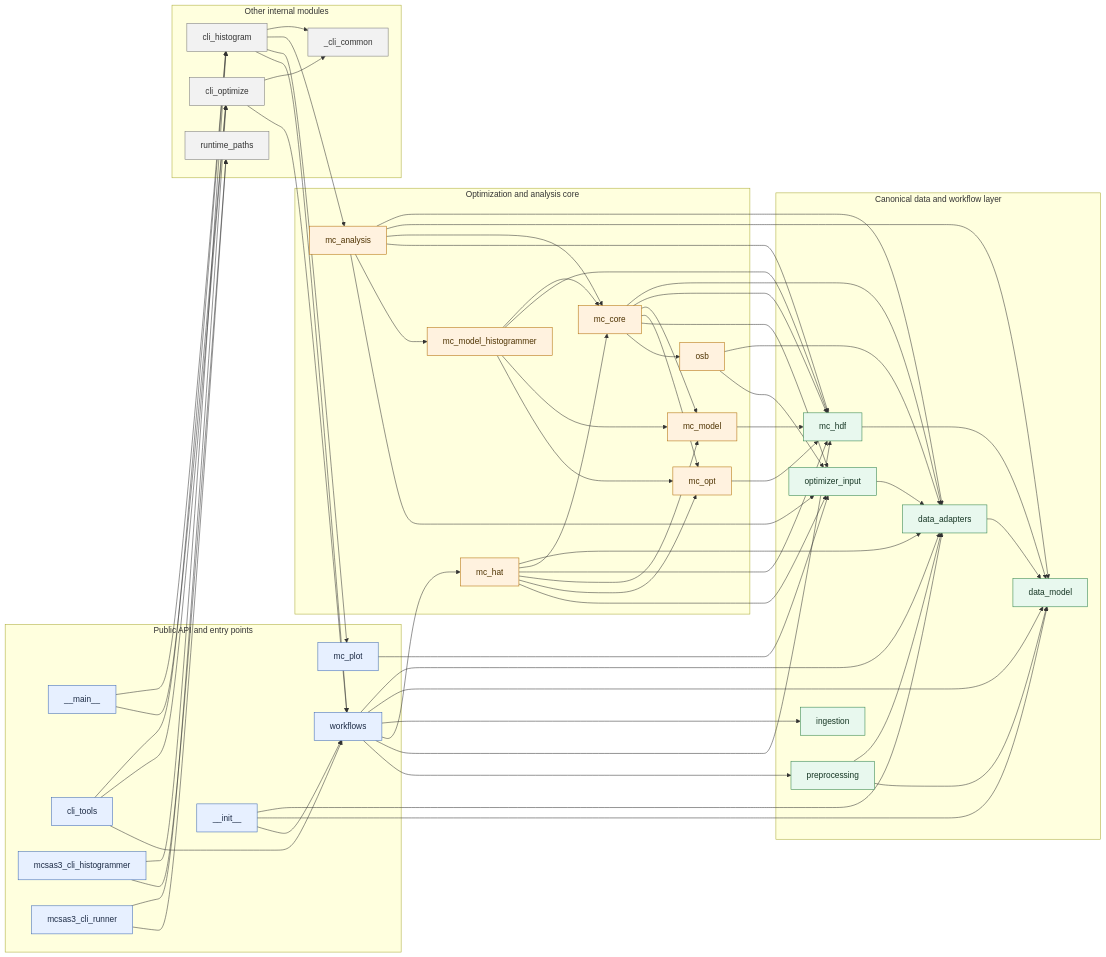
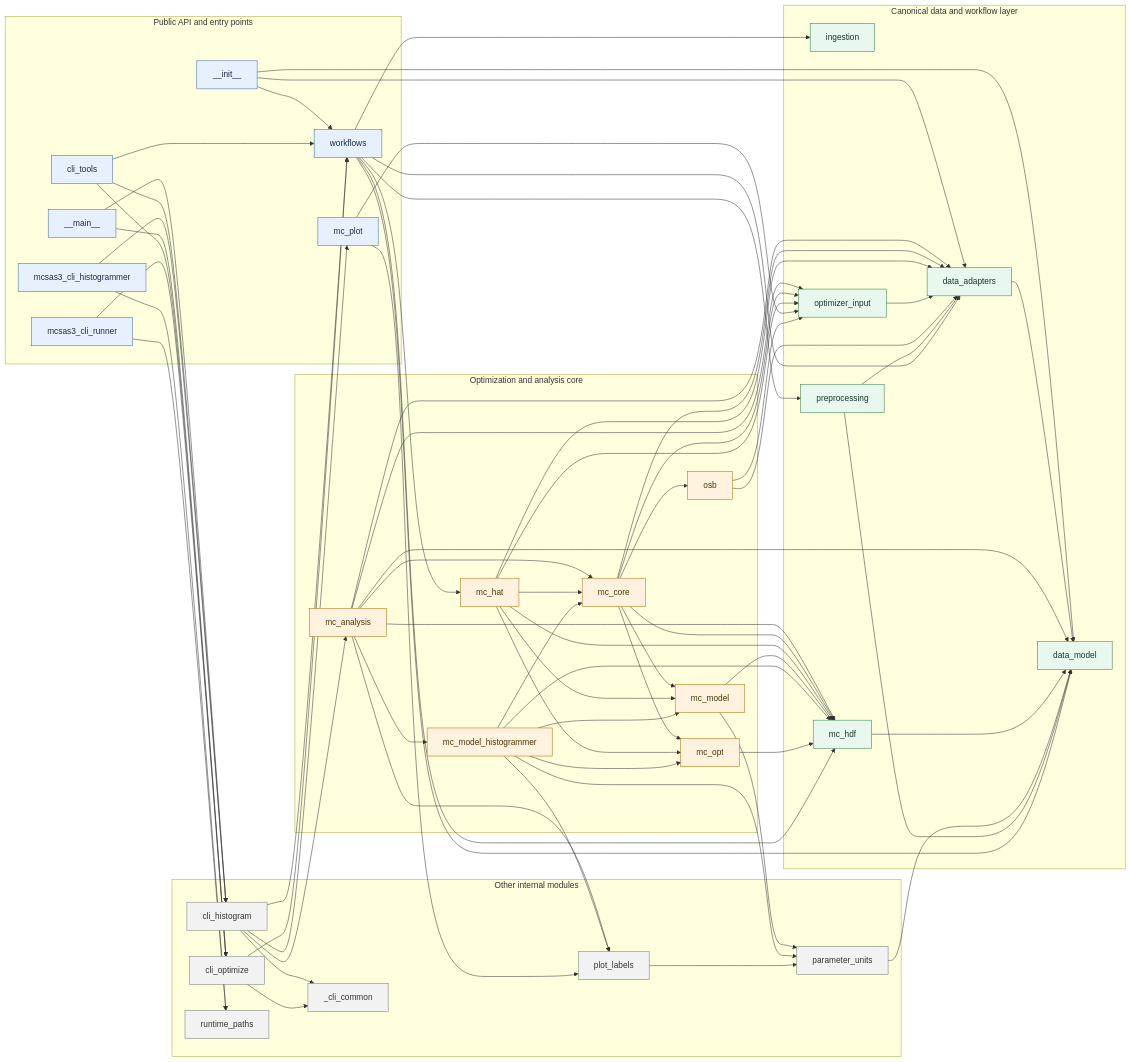
The diagram in design_documentation/generated_module_dependencies.md (BAMresearch/McSAS3), drawn with Mermaid before and after one commit. The commit also changed other lines of this file, not shown here.

Commit message:
fix: changed module dependencies.

````diff
--- a/design_documentation/generated_module_dependencies.md
+++ b/design_documentation/generated_module_dependencies.md
@@ -38,6 +38,8 @@
     module__cli_common["_cli_common"]
     module_cli_histogram["cli_histogram"]
     module_cli_optimize["cli_optimize"]
+    module_parameter_units["parameter_units"]
+    module_plot_labels["plot_labels"]
     module_runtime_paths["runtime_paths"]
   end
   module___init__ --> module_data_adapters
@@ -61,6 +63,7 @@
   module_mc_analysis --> module_mc_hdf
   module_mc_analysis --> module_mc_model_histogrammer
   module_mc_analysis --> module_optimizer_input
+  module_mc_analysis --> module_plot_labels
   module_mc_core --> module_data_adapters
   module_mc_core --> module_mc_hdf
   module_mc_core --> module_mc_model
@@ -75,12 +78,16 @@
   module_mc_hat --> module_optimizer_input
   module_mc_hdf --> module_data_model
   module_mc_model --> module_mc_hdf
+  module_mc_model --> module_parameter_units
   module_mc_model_histogrammer --> module_mc_core
   module_mc_model_histogrammer --> module_mc_hdf
   module_mc_model_histogrammer --> module_mc_model
   module_mc_model_histogrammer --> module_mc_opt
+  module_mc_model_histogrammer --> module_parameter_units
+  module_mc_model_histogrammer --> module_plot_labels
   module_mc_opt --> module_mc_hdf
   module_mc_plot --> module_optimizer_input
+  module_mc_plot --> module_plot_labels
   module_mcsas3_cli_histogrammer --> module_cli_histogram
   module_mcsas3_cli_histogrammer --> module_runtime_paths
   module_mcsas3_cli_runner --> module_cli_optimize
@@ -88,6 +95,8 @@
   module_optimizer_input --> module_data_adapters
   module_osb --> module_data_adapters
   module_osb --> module_optimizer_input
+  module_parameter_units --> module_data_model
+  module_plot_labels --> module_parameter_units
   module_preprocessing --> module_data_adapters
   module_preprocessing --> module_data_model
   module_workflows --> module_data_adapters
@@ -103,5 +112,5 @@
   class module___init__,module___main__,module_cli_tools,module_mc_plot,module_mcsas3_cli_histogrammer,module_mcsas3_cli_runner,module_workflows public;
   class module_data_adapters,module_data_model,module_ingestion,module_mc_hdf,module_optimizer_input,module_preprocessing canonical;
   class module_mc_analysis,module_mc_core,module_mc_hat,module_mc_model,module_mc_model_histogrammer,module_mc_opt,module_osb core;
-  class module__cli_common,module_cli_histogram,module_cli_optimize,module_runtime_paths other;
+  class module__cli_common,module_cli_histogram,module_cli_optimize,module_parameter_units,module_plot_labels,module_runtime_paths other;
 ```
````
